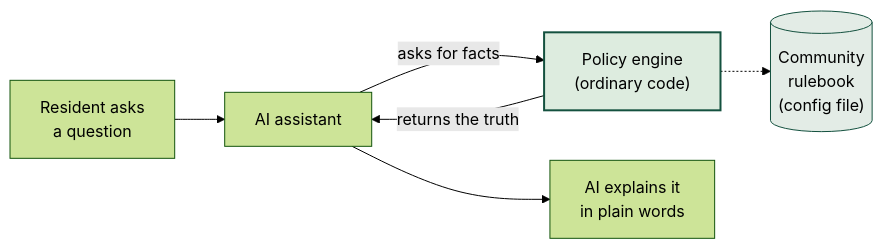
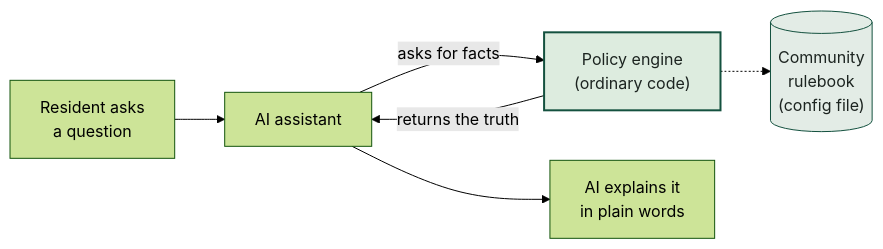
The sixth of 8 diagrams in README.md (Amruth22/anacity-move-assistant), drawn with Mermaid (forest theme) before and after one commit. The commit also changed other lines of this file and 8 other files, not shown here.

First line of the commit message:
Single document: fold the design notes into the README, render its diagrams in-app

````diff
--- a/README.md
+++ b/README.md
@@ -161,12 +161,12 @@
 ```mermaid
 flowchart LR
     Q["Resident asks<br/>a question"] --> M["AI assistant"]
     M -->|"asks for facts"| T["Policy engine<br/>(ordinary code)"]
     T -->|"returns the truth"| M
     M --> R["AI explains it<br/>in plain words"]
 
     T -.-> CFG[("Community<br/>rulebook<br/>(config file)")]
 
-    style T fill:#ddecdf,stroke:#14513f,stroke-width:2px
-    style CFG fill:#e3ece6,stroke:#14513f
+    style T fill:#ddecdf,stroke:#14513f,stroke-width:2px,color:#1c2420
+    style CFG fill:#e3ece6,stroke:#14513f,color:#1c2420
 ```
````
